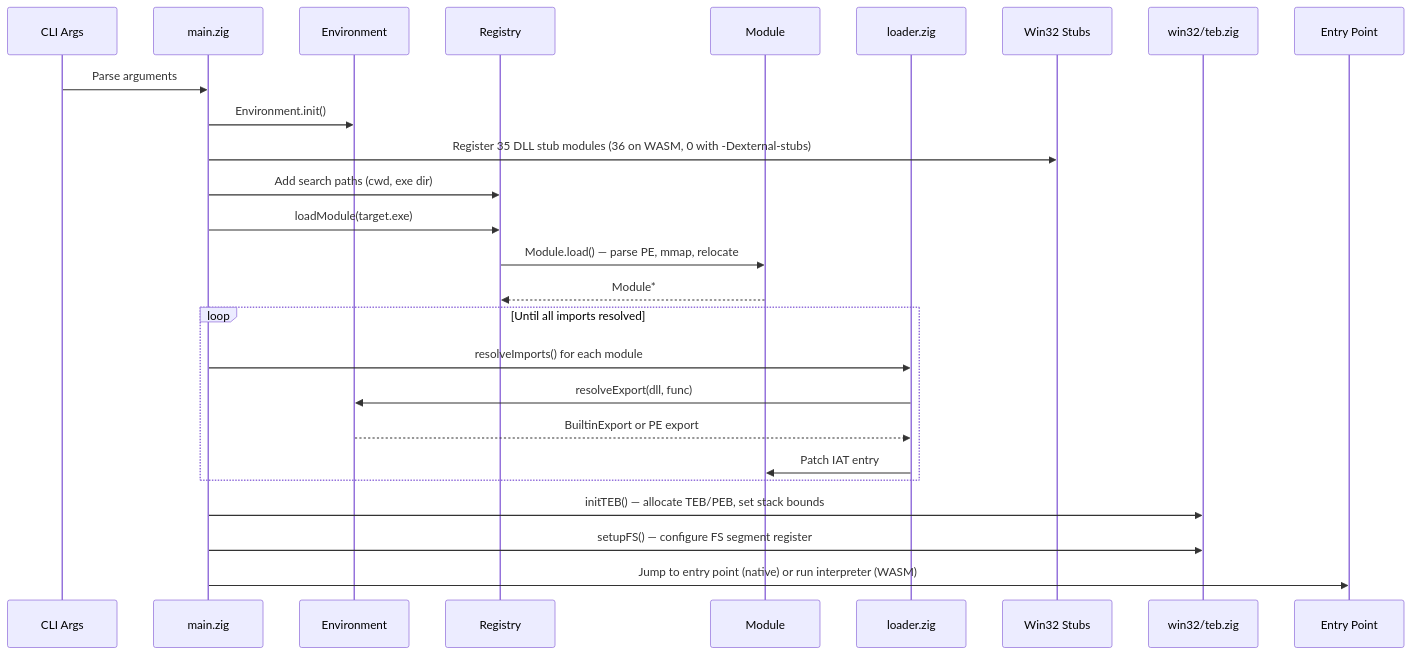
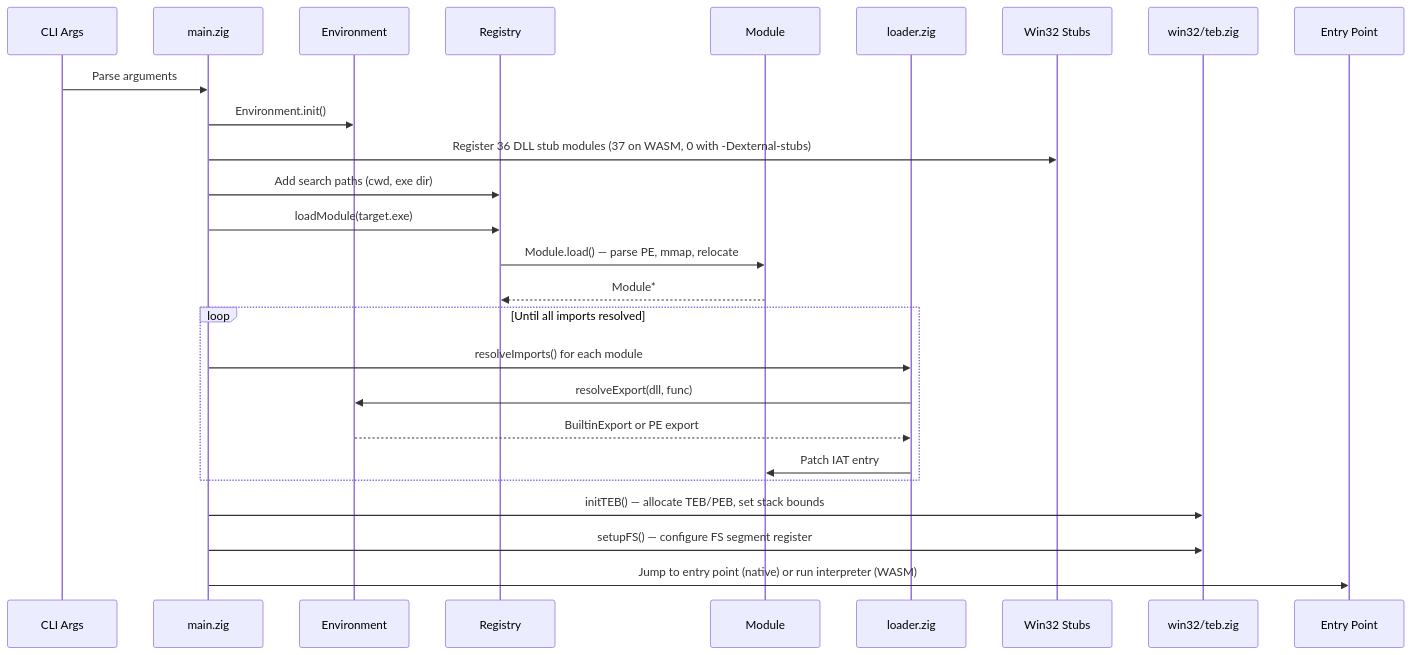
Before and after one commit to maci0/zine: the second of 2 diagrams in docs/ARCHITECTURE.md, drawn with Mermaid. The commit also changed other lines of this file and 12 other files, not shown here.

````diff
--- a/docs/ARCHITECTURE.md
+++ b/docs/ARCHITECTURE.md
@@ -365,29 +367,29 @@
 ```mermaid
 sequenceDiagram
     participant CLI as CLI Args
     participant Main as main.zig
     participant Env as Environment
     participant Reg as Registry
     participant Mod as Module
     participant Loader as loader.zig
     participant Stubs as Win32 Stubs
     participant TEB as win32/teb.zig
     participant EP as Entry Point
 
     CLI->>Main: Parse arguments
     Main->>Env: Environment.init()
-    Main->>Stubs: Register 35 DLL stub modules (36 on WASM, 0 with -Dexternal-stubs)
+    Main->>Stubs: Register 36 DLL stub modules (37 on WASM, 0 with -Dexternal-stubs)
     Main->>Reg: Add search paths (cwd, exe dir)
     Main->>Reg: loadModule(target.exe)
     Reg->>Mod: Module.load() — parse PE, mmap, relocate
     Mod-->>Reg: Module*
     loop Until all imports resolved
         Main->>Loader: resolveImports() for each module
         Loader->>Env: resolveExport(dll, func)
         Env-->>Loader: BuiltinExport or PE export
         Loader->>Mod: Patch IAT entry
     end
     Main->>TEB: initTEB() — allocate TEB/PEB, set stack bounds
     Main->>TEB: setupFS() — configure FS segment register
     Main->>EP: Jump to entry point (native) or run interpreter (WASM)
 ```
````
